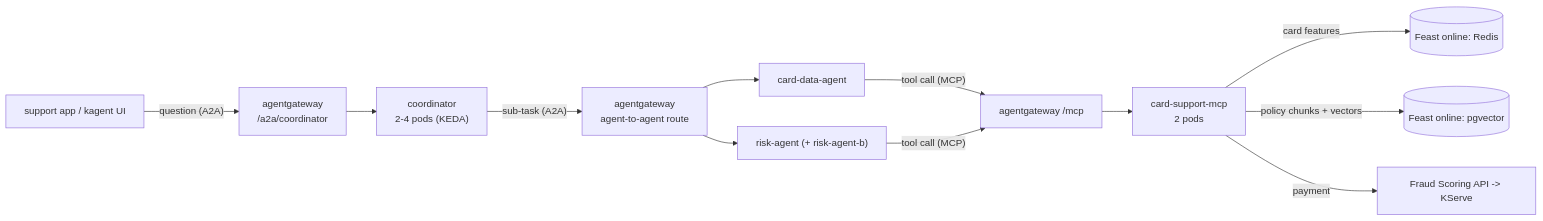
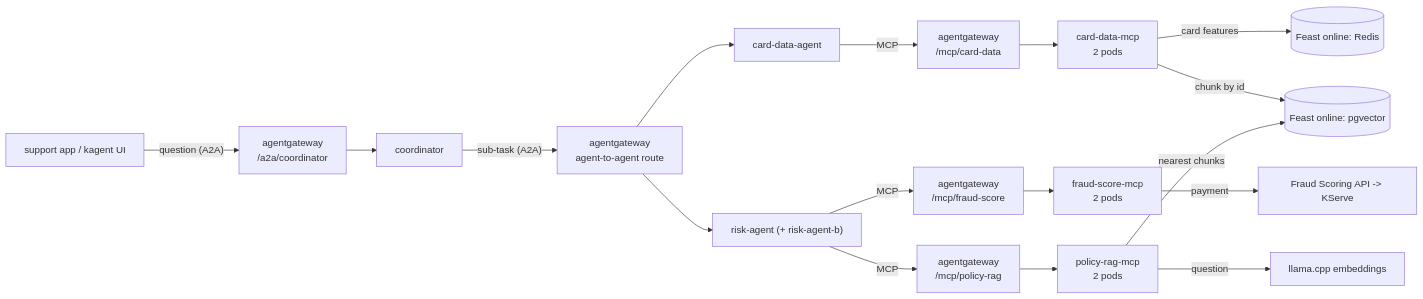
Before and after one commit to cvinhnguyen/card-fraud-platform: the diagram in docs/agents.md, drawn with Mermaid. The commit also changed other lines of this file and 53 other files, not shown here.

````diff
--- a/docs/agents.md
+++ b/docs/agents.md
@@ -10,14 +18,19 @@
 ```mermaid
 flowchart LR
     u["support app / kagent UI"] -->|"question (A2A)"| g1["agentgateway<br/>/a2a/coordinator"]
-    g1 --> c["coordinator<br/>2-4 pods (KEDA)"]
+    g1 --> c["coordinator"]
     c -->|"sub-task (A2A)"| g2["agentgateway<br/>agent-to-agent route"]
     g2 --> d["card-data-agent"]
     g2 --> r["risk-agent (+ risk-agent-b)"]
-    d -->|"tool call (MCP)"| g3["agentgateway /mcp"]
-    r -->|"tool call (MCP)"| g3
-    g3 --> m["card-support-mcp<br/>2 pods"]
-    m -->|"card features"| f[("Feast online: Redis")]
-    m -->|"policy chunks + vectors"| k[("Feast online: pgvector")]
-    m -->|"payment"| s["Fraud Scoring API -> KServe"]
+    d -->|"MCP"| m1["agentgateway<br/>/mcp/card-data"]
+    r -->|"MCP"| m2["agentgateway<br/>/mcp/fraud-score"]
+    r -->|"MCP"| m3["agentgateway<br/>/mcp/policy-rag"]
+    m1 --> s1["card-data-mcp<br/>2 pods"]
+    m2 --> s2["fraud-score-mcp<br/>2 pods"]
+    m3 --> s3["policy-rag-mcp<br/>2 pods"]
+    s1 -->|"card features"| f[("Feast online: Redis")]
+    s1 -->|"chunk by id"| k[("Feast online: pgvector")]
+    s2 -->|"payment"| sa["Fraud Scoring API -> KServe"]
+    s3 -->|"question"| e["llama.cpp embeddings"]
+    s3 -->|"nearest chunks"| k
 ```
````
